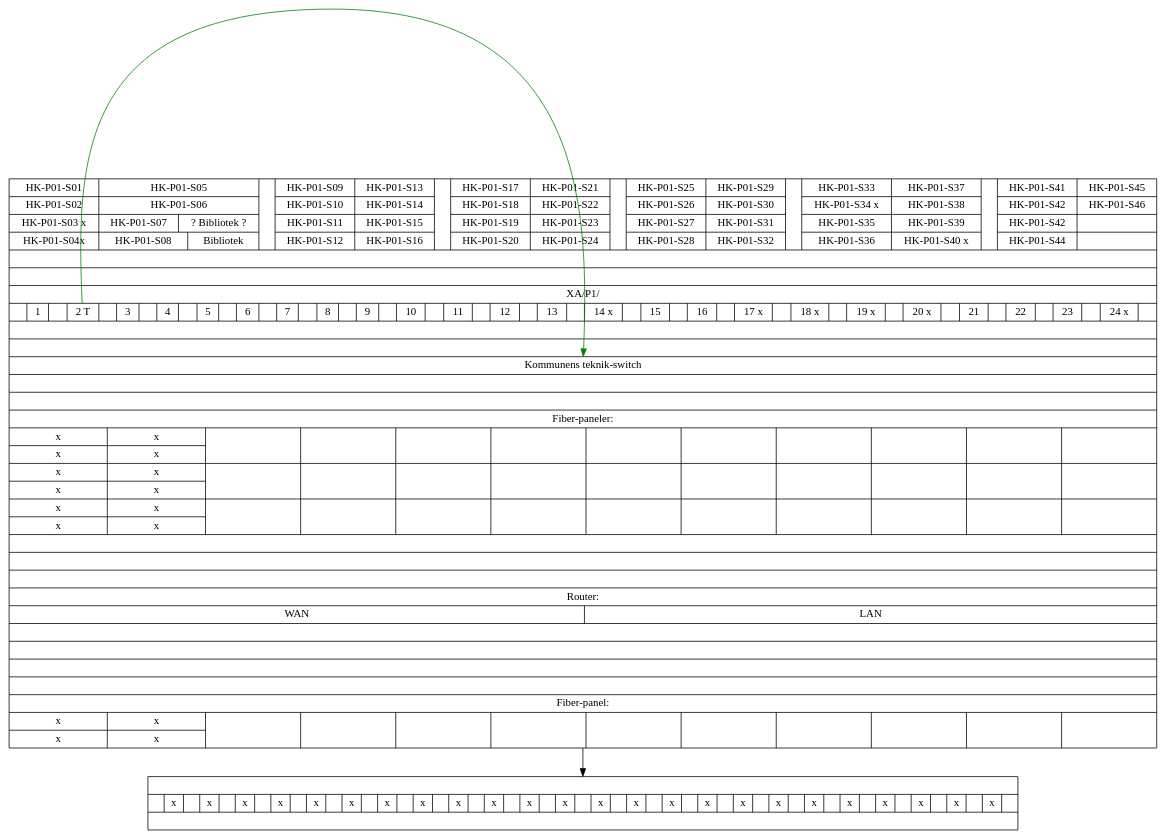
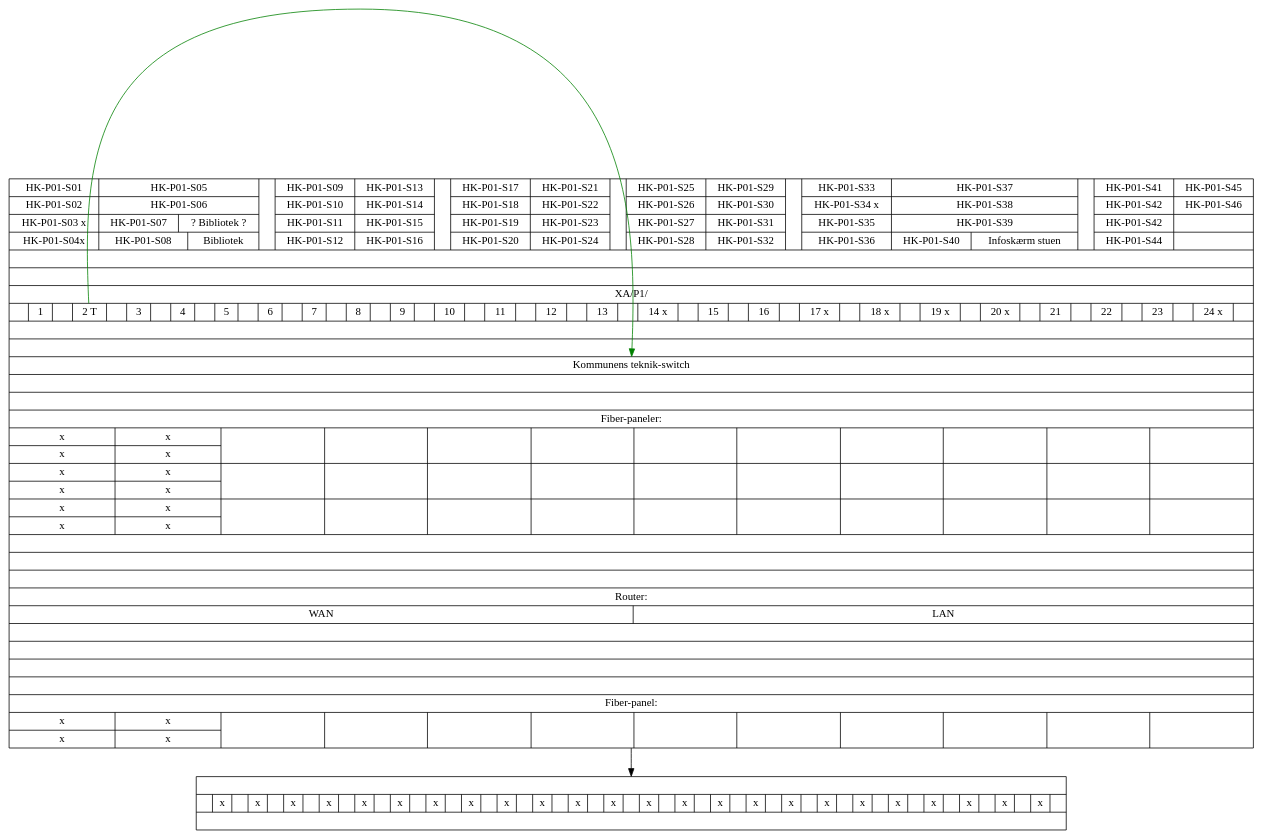
Before and after one commit to alslug/alslug.dk: the diagram in projekter/patch-paneler.dot, drawn with Graphviz.

```diff
--- a/projekter/patch-paneler.dot
+++ b/projekter/patch-paneler.dot
@@ -1,47 +1,47 @@
 digraph xxx {
   bib_patch [ shape=record label="{
   					{
 						{HK-P01-S01|HK-P01-S02|HK-P01-S03 x|HK-P01-S04x}|
 						{HK-P01-S05|HK-P01-S06|{HK-P01-S07|? Bibliotek ?}|{HK-P01-S08|Bibliotek}}||
 						
 						{HK-P01-S09|HK-P01-S10|HK-P01-S11|HK-P01-S12}|
 						{HK-P01-S13|HK-P01-S14|HK-P01-S15|HK-P01-S16}||
 						
 						{HK-P01-S17|HK-P01-S18|HK-P01-S19|HK-P01-S20}|
 						{HK-P01-S21|HK-P01-S22|HK-P01-S23|HK-P01-S24}||
 						
 						{HK-P01-S25|HK-P01-S26|HK-P01-S27|HK-P01-S28}|
 						{HK-P01-S29|HK-P01-S30|HK-P01-S31|HK-P01-S32}||
 						
 						{HK-P01-S33|HK-P01-S34 x|HK-P01-S35|HK-P01-S36}|
-						{HK-P01-S37|HK-P01-S38|HK-P01-S39|HK-P01-S40 x}||
+						{HK-P01-S37|HK-P01-S38|HK-P01-S39|{HK-P01-S40|Infoskærm stuen}}||
 						
 						{HK-P01-S41|HK-P01-S42|HK-P01-S42|HK-P01-S44}|
 						{HK-P01-S45|HK-P01-S46||}
 					}
 					|||XA/P1/|
 					{|1||<xa_p1_2> 2 T||3||4||5||6||7||8||9||10||11||12||13||14 x||15||16||17 x||18 x||19 x||20 x||21||22||23||24 x|}
 					|||
 					<kom_switch>Kommunens teknik-switch
 					|||
 					Fiber-paneler:
 					|
 					{{x|x}|{x|x}||||||||||}
 					|
 					{{x|x}|{x|x}||||||||||}
 					|
 					{{x|x}|{x|x}||||||||||}
 					||||
 					Router:|
 					{WAN|LAN}|
 					{}
 					||||
 					Fiber-panel:|
 					{{x|x}|{x|x}||||||||||}
 				   }" ];
   alslug_patch [ shape=record label="{
 					|{ |x| |x| |x| |x| |x| |x| |x| |x| |x| |x| |x| |x| |x| |x| |x| |x| |x| |x| |x| |x| |x| |x| |x| |x| }|
                                       }" ];
   bib_patch -> alslug_patch;
   bib_patch:xa_p1_2 -> bib_patch:kom_switch [ color=green ];
 }
```
